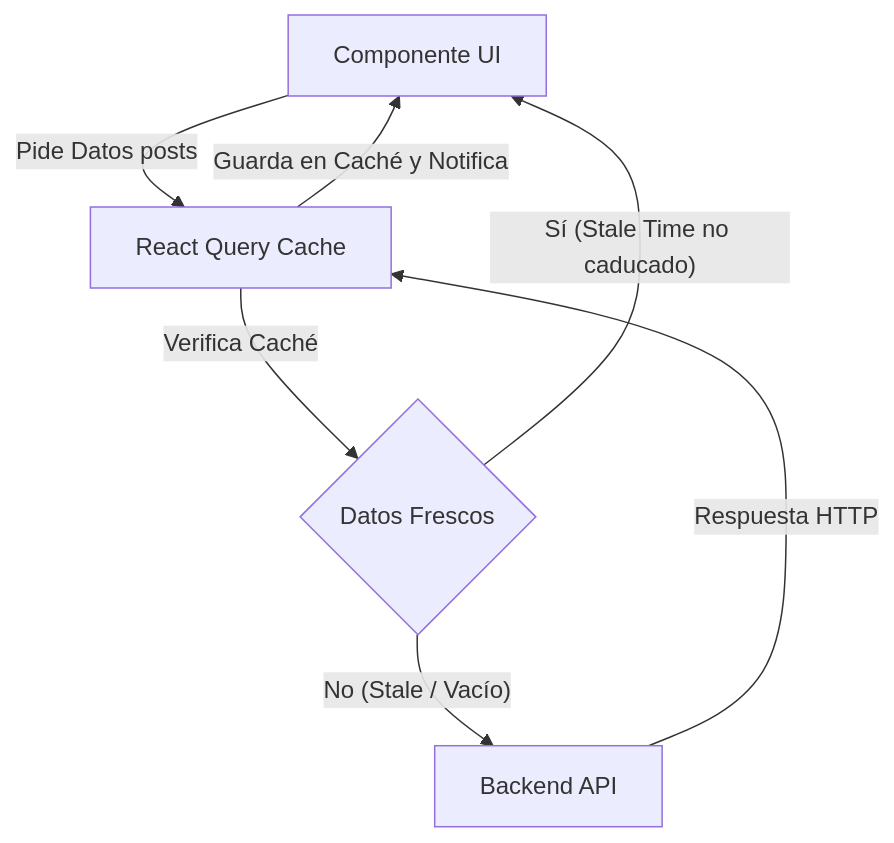
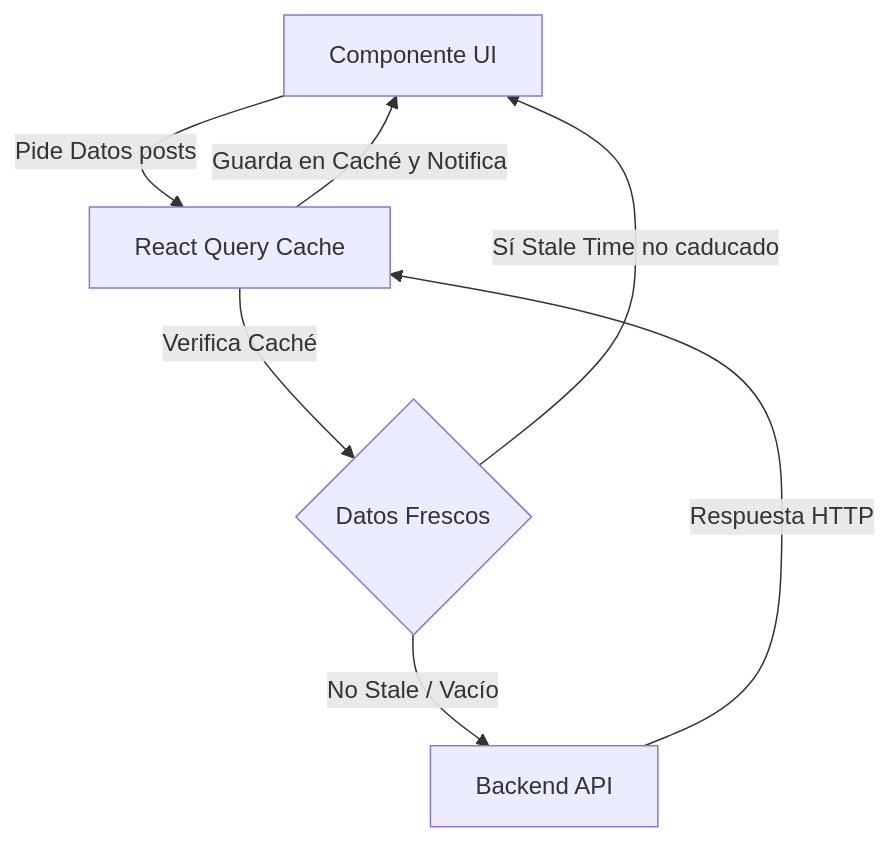
Before and after one commit to gjpierp/nmergeia: the diagram in public/docs/zh/ext_react_experto.md, drawn with Mermaid. The commit also changed 88 other files, not shown here.

Commit message:
fix(mermaid & headings): estandarizar títulos removiendo Resumen Ejecutivo de encabezados H2 y corregir sintaxis de paréntesis en conectores de enlace de 55 diagramas Mermaid en los 7 idiomas

````diff
--- a/public/docs/zh/ext_react_experto.md
+++ b/public/docs/zh/ext_react_experto.md
@@ -11,9 +11,9 @@
 ```mermaid
 flowchart TD
 React["Componente UI"] -->|Pide Datos posts| QueryClient["React Query Cache"]
 QueryClient -->|Verifica Caché| CacheHit{Datos Frescos}
-CacheHit -->|"Sí (Stale Time no caducado)"| React
-CacheHit -->|"No (Stale / Vacío)"| API["Backend API"]
+CacheHit -->|"Sí Stale Time no caducado "| React
+CacheHit -->|"No Stale / Vacío "| API["Backend API"]
 API -->|Respuesta HTTP| QueryClient
 QueryClient -->|Guarda en Caché y Notifica| React
 ```
````
